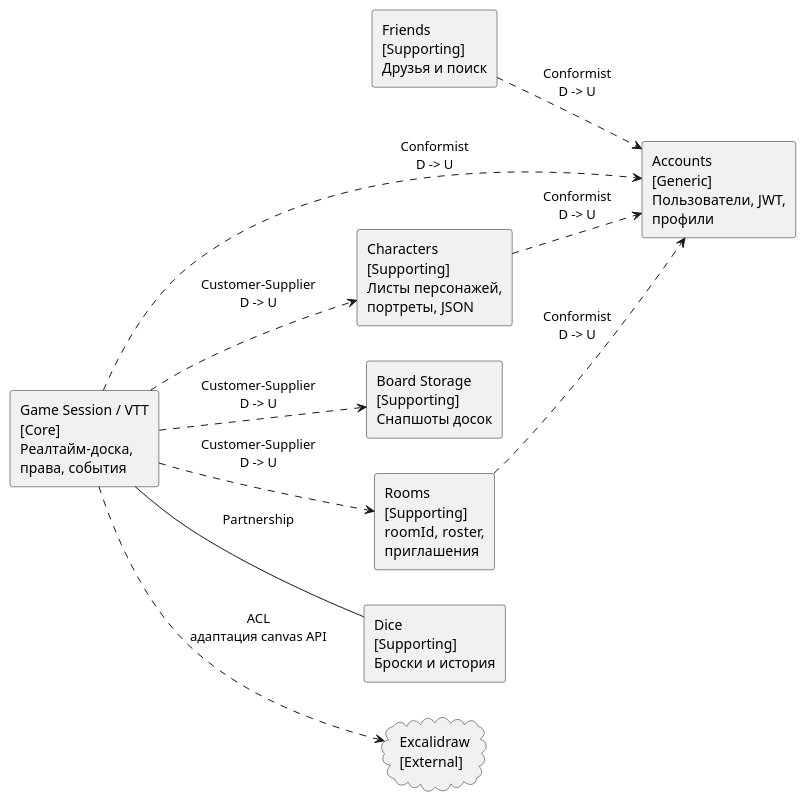
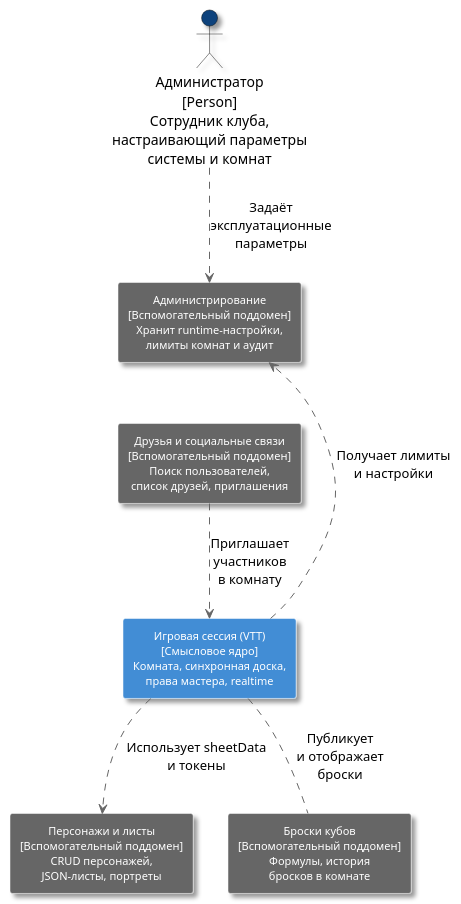
One commit to wingelshteyn/DesignSoftwareCourse changed the diagram in diagram_prompts/03_ddd_context_map.md. Above: the diagram before and after it, drawn with PlantUML. The commit also changed other lines of this file and 19 other files, not shown here.

First line of the commit message:
Обновить diagram_prompts под эталон ПР8 для ASTROLL.

````diff
--- a/diagram_prompts/03_ddd_context_map.md
+++ b/diagram_prompts/03_ddd_context_map.md
@@ -7,26 +42,34 @@
 ```plantuml
 @startuml
-left to right direction
-skinparam componentStyle rectangle
+skinparam shadowing true
+skinparam defaultTextAlignment center
+skinparam rectangle {
+  BorderColor white
+  FontColor white
+  FontSize 11
+}
+skinparam arrow {
+  Color #666666
+  FontColor black
+  Style dashed
+}
 
-component "Accounts\n[Generic]\nПользователи, JWT,\nпрофили" as Accounts
-component "Friends\n[Supporting]\nДрузья и поиск" as Friends
-component "Characters\n[Supporting]\nЛисты персонажей,\nпортреты, JSON" as Characters
-component "Board Storage\n[Supporting]\nСнапшоты досок" as Boards
-component "Rooms\n[Supporting]\nroomId, roster,\nприглашения" as Rooms
-component "Dice\n[Supporting]\nБроски и история" as Dice
-component "Game Session / VTT\n[Core]\nРеалтайм-доска,\nправа, события" as Session
-cloud "Excalidraw\n[External]" as Excalidraw
+actor "Администратор\n[Person]\nСотрудник клуба,\nнастраивающий параметры\nсистемы и комнат" as Admin #08427B
 
-Friends ..> Accounts : Conformist\nD -> U
-Characters ..> Accounts : Conformist\nD -> U
-Rooms ..> Accounts : Conformist\nD -> U
-Session ..> Accounts : Conformist\nD -> U
+rectangle "Администрирование\n[Вспомогательный поддомен]\nХранит runtime-настройки,\nлимиты комнат и аудит" as AdminDom #666666
+rectangle "Друзья и социальные связи\n[Вспомогательный поддомен]\nПоиск пользователей,\nсписок друзей, приглашения" as Friends #666666
+rectangle "Игровая сессия (VTT)\n[Смысловое ядро]\nКомната, синхронная доска,\nправа мастера, realtime" as Session #438DD5
+rectangle "Персонажи и листы\n[Вспомогательный поддомен]\nCRUD персонажей,\nJSON-листы, портреты" as Characters #666666
+rectangle "Броски кубов\n[Вспомогательный поддомен]\nФормулы, история\nбросков в комнате" as Dice #666666
 
-Session ..> Characters : Customer-Supplier\nD -> U
-Session ..> Boards : Customer-Supplier\nD -> U
-Session ..> Rooms : Customer-Supplier\nD -> U
-Session -- Dice : Partnership
-Session ..> Excalidraw : ACL\nадаптация canvas API
+Admin -[#666666,dashed]-> AdminDom : Задаёт\nэксплуатационные\nпараметры
+Friends -[#666666,dashed]-> Session : Приглашает\nучастников\nв комнату
+Session -[#666666,dashed]-> AdminDom : Получает лимиты\nи настройки
+Session -[#666666,dashed]-> Characters : Использует sheetData\nи токены
+Session -[#666666,dashed]- Dice : Публикует\nи отображает\nброски
+
+AdminDom -[hidden]right- Session
+Friends -[hidden]up- AdminDom
+Characters -[hidden]right- Dice
 @enduml
 ```
````
